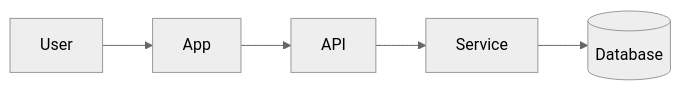
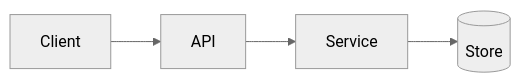
Before and after one commit to stefanrossmeier/ai-craftkit: the first of 2 diagrams in skills/mermaiddoc/SKILL.md, drawn with Mermaid (neutral theme). The commit also changed other lines of this file and 23 other files, not shown here.

````diff
--- a/skills/mermaiddoc/SKILL.md
+++ b/skills/mermaiddoc/SKILL.md
@@ -382,7 +87,6 @@
 ```mermaid
 flowchart LR
-    User[User] --> App[App]
-    App --> API[API]
+    Client[Client] --> API[API]
     API --> Service[Service]
-    Service --> DB[(Database)]
+    Service --> Store[(Store)]
 ```
````
